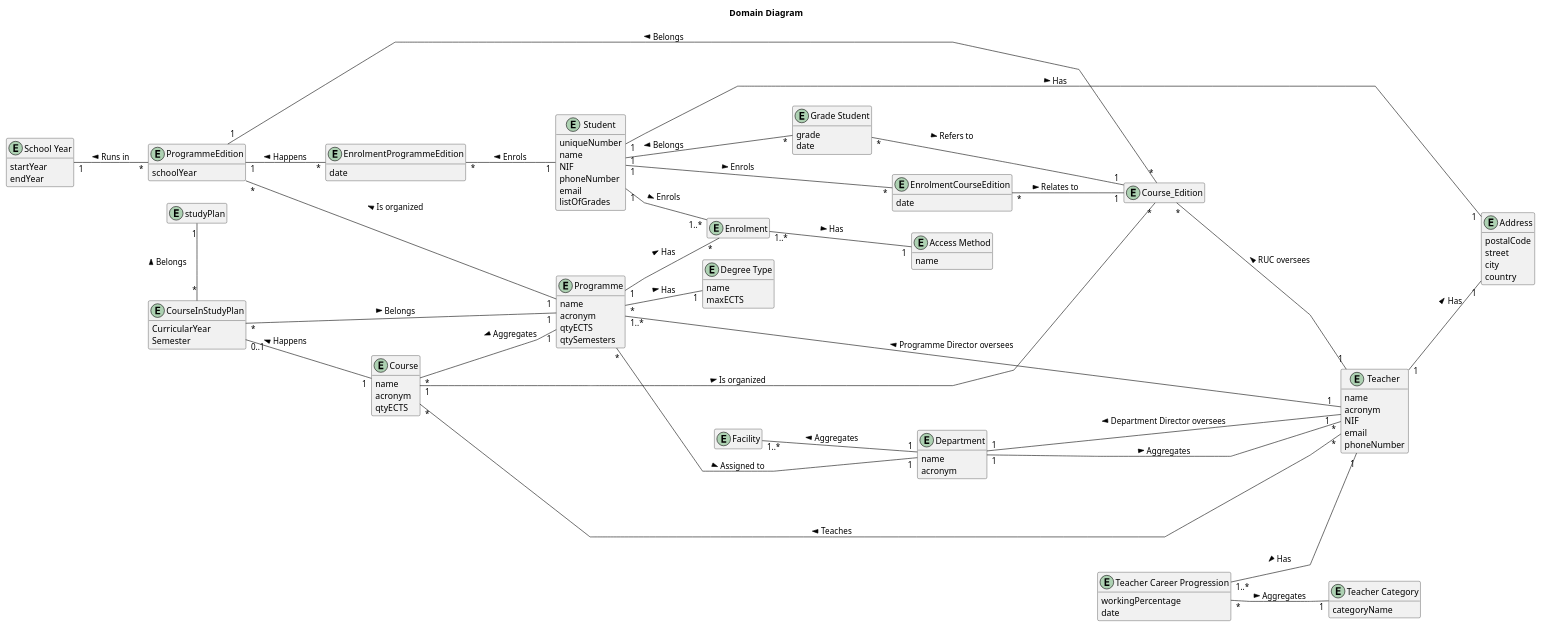
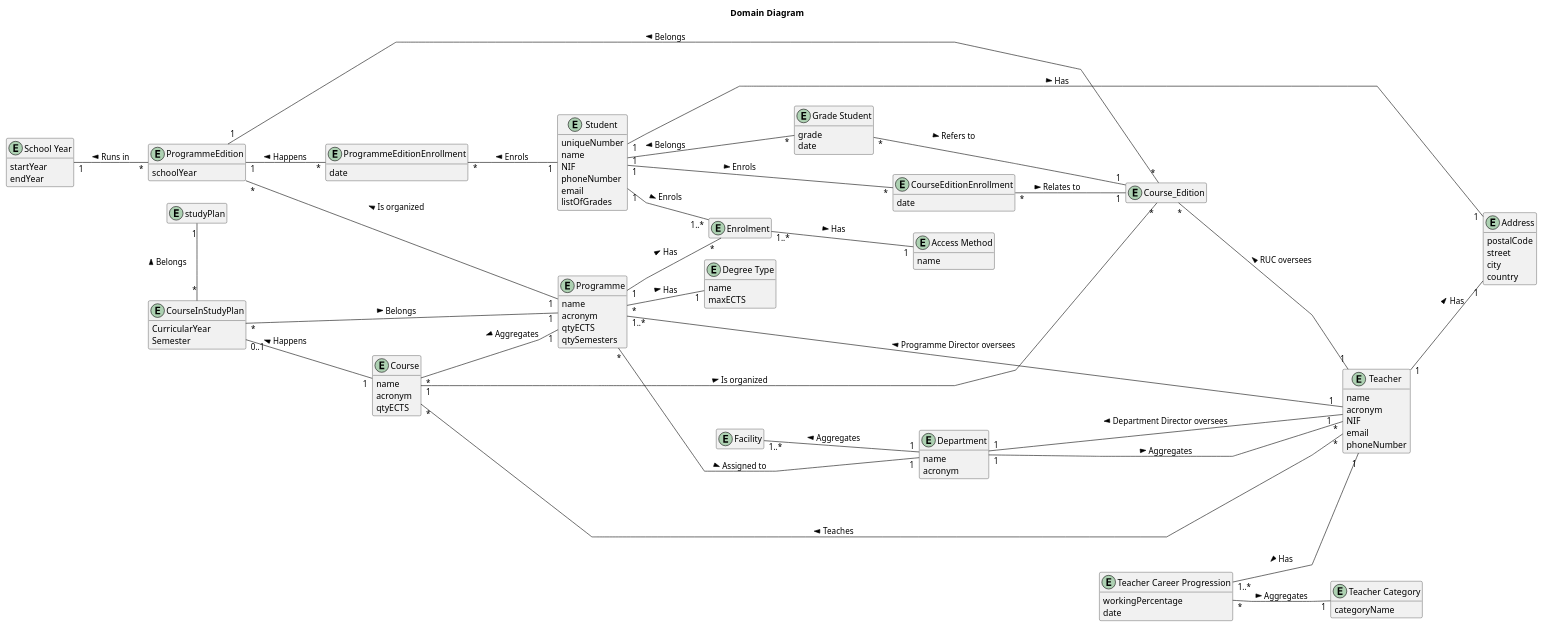
The diagram in docs/Sprint_2/Sprint2DomainDiagram.puml (GasparISEP/DevOps-PAI), drawn with PlantUML before and after one commit. The commit also changed 1 other file, not shown here.

Commit message:
changes in class diagram and domain diagram

```diff
--- a/docs/Sprint_2/Sprint2DomainDiagram.puml
+++ b/docs/Sprint_2/Sprint2DomainDiagram.puml
@@ -1,138 +1,138 @@
 @startuml
 skinparam linetype polyline
 left to right direction
 hide empty methods
 hide empty members
 title "Domain Diagram"
 
 ' Entities
 entity Facility {
 }
 
 entity "School Year" {
   startYear
   endYear
 }
 
 entity Department {
   name
   acronym
 }
 
 entity Course {
   name
   acronym
   qtyECTS
 }
 
 entity Course_Edition {
 }
 
 entity Address {
   postalCode
   street
   city
   country
 }
 
 entity "Teacher Category" {
   categoryName
 }
 
 entity Teacher {
   name
   acronym
   NIF
   email
   phoneNumber
 }
 
 entity Programme {
   name
   acronym
   qtyECTS
   qtySemesters
 }
 
 entity ProgrammeEdition {
   schoolYear
 }
 entity Enrolment {
 }
 
-entity EnrolmentProgrammeEdition {
+entity ProgrammeEditionEnrollment {
    date
 }
 
-entity EnrolmentCourseEdition {
+entity CourseEditionEnrollment {
    date
 }
 
 entity Student {
   uniqueNumber
   name
   NIF
   phoneNumber
   email
   listOfGrades
 }
 
 entity "Degree Type" {
   name
   maxECTS
 }
 
 entity "Access Method" {
   name
 }
 
 entity "Grade Student" {
   grade
   date
 }
 
 entity "studyPlan" {
 }
 
 entity "Teacher Career Progression" {
   workingPercentage
   date
 }
 
 entity "CourseInStudyPlan" {
   CurricularYear
   Semester
 }
 
 
 Facility "1..*" -- "1" Department : Aggregates <
 Department "1" --- "1   " Teacher : Department Director oversees <
 Department "1" --- "*" Teacher : Aggregates >
 Course "*" -- "*" Teacher : Teaches <
 Course_Edition "*" -- "1" Teacher : RUC oversees <
 Course "1" ----- "*" Course_Edition : > Is organized
 Programme "1" -left- "*" Course : > Aggregates
 "CourseInStudyPlan" "*" -- "1" Programme : > Belongs
 "studyPlan" "1" --right-- "*" "CourseInStudyPlan" : \n\n< Belongs\n\n
 "CourseInStudyPlan" "0..1" -- "1" Course : < Happens
 ProgrammeEdition "1" -- "*" Course_Edition : < Belongs
 "School Year" "1" -- "*" ProgrammeEdition : < Runs in
 Address "1" -up- "1" Student : Has <
 Teacher "1" -- "1" Address : Has >
 "Teacher Career Progression" "*" -- "1" "Teacher Category" : Aggregates >
 Programme "1" -- "*" Enrolment : Has >
 ProgrammeEdition "*" -- "1" Programme : < Is organized
-ProgrammeEdition "1" -- "*" EnrolmentProgrammeEdition : < Happens
-EnrolmentProgrammeEdition "*" -- "1" Student : < Enrols
-Student "1" --- "*" EnrolmentCourseEdition : > Enrols
-EnrolmentCourseEdition "*" -- "1" Course_Edition : > Relates to
+ProgrammeEdition "1" -- "*" ProgrammeEditionEnrollment : < Happens
+ProgrammeEditionEnrollment "*" -- "1" Student : < Enrols
+Student "1" --- "*" CourseEditionEnrollment : > Enrols
+CourseEditionEnrollment "*" -- "1" Course_Edition : > Relates to
 Programme "*" -- "1" Department : Assigned to >
 Student "1" -- "*" "Grade Student" : < Belongs
 "Grade Student" "*" -- "1" Course_Edition : > Refers to
 
 Programme "1..*" -- "1  " Teacher : Programme Director oversees <
 Programme "*" -- "1" "Degree Type" : Has >
 Student "1" -- "1..*" Enrolment : Enrols >
 Enrolment "1..*" -- "1" "Access Method" : Has >
 "Teacher Career Progression" "1..*" -- "1" "Teacher" : Has <
 @enduml
```
